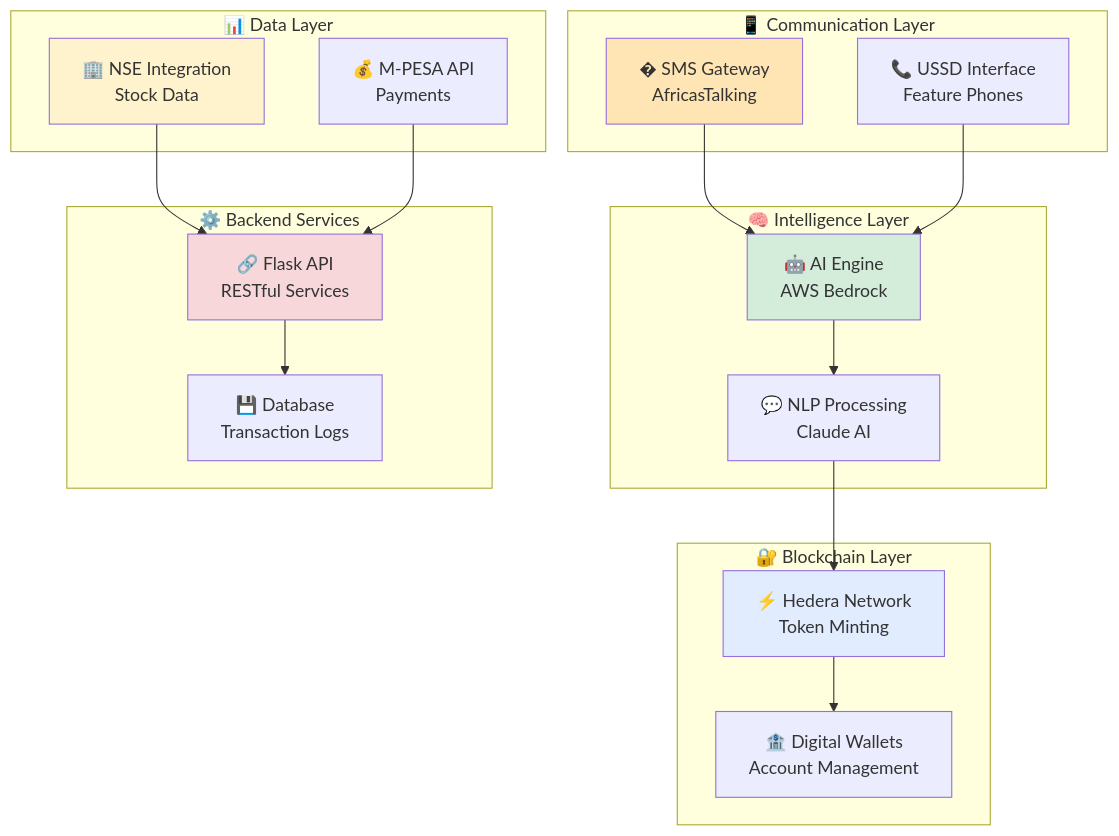
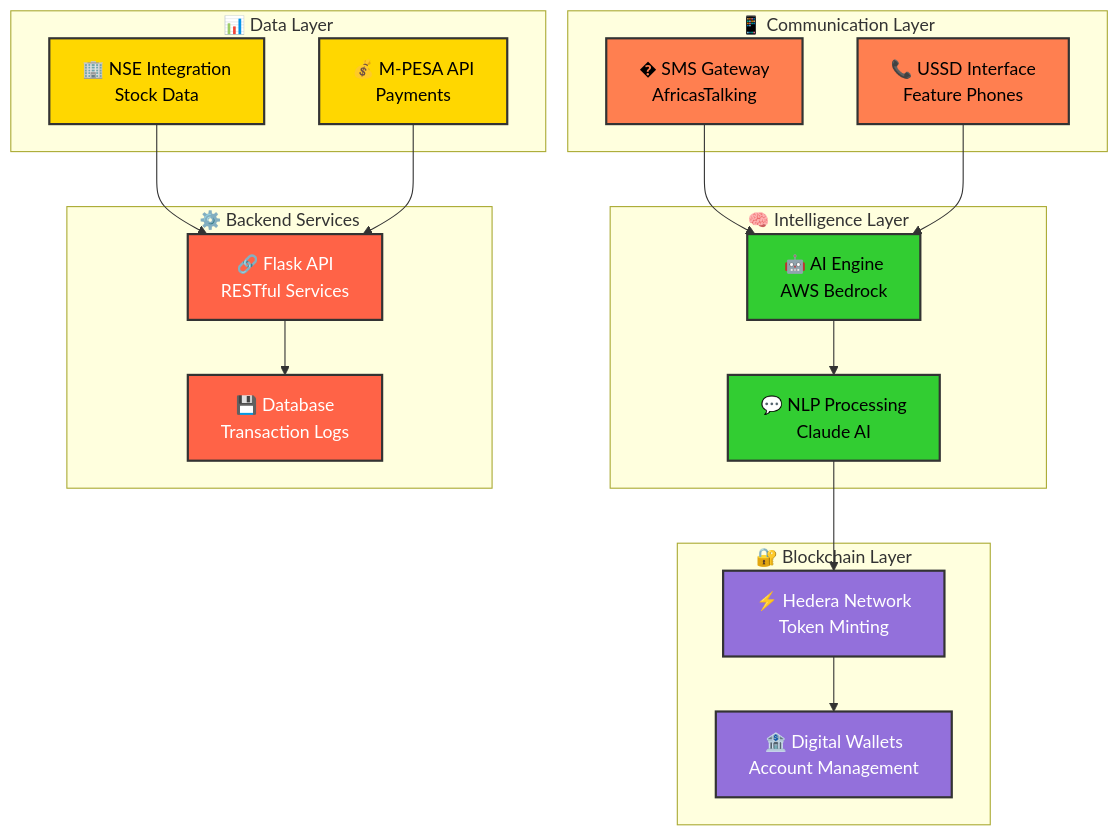
Before and after one commit to RayMune/Text-A-HBAR-Hackathon: the second of 2 diagrams in readme.md, drawn with Mermaid. The commit also changed other lines of this file, not shown here.

Commit message:
readme 3rd commit

````diff
--- a/readme.md
+++ b/readme.md
@@ -310,42 +310,47 @@
 ```mermaid
 graph TB
     subgraph "📱 Communication Layer"
         SMS[� SMS Gateway<br/>AfricasTalking]
         USSD[📞 USSD Interface<br/>Feature Phones]
     end
     
     subgraph "🧠 Intelligence Layer"
         AI[🤖 AI Engine<br/>AWS Bedrock]
         NLP[💬 NLP Processing<br/>Claude AI]
     end
     
     subgraph "🔐 Blockchain Layer"
         HEDERA[⚡ Hedera Network<br/>Token Minting]
         WALLET[🏦 Digital Wallets<br/>Account Management]
     end
     
     subgraph "📊 Data Layer"
         NSE[🏢 NSE Integration<br/>Stock Data]
         MPESA[💰 M-PESA API<br/>Payments]
     end
     
     subgraph "⚙️ Backend Services"
         API[🔗 Flask API<br/>RESTful Services]
         DB[💾 Database<br/>Transaction Logs]
     end
     
     SMS --> AI
     USSD --> AI
     AI --> NLP
     NLP --> HEDERA
     HEDERA --> WALLET
     NSE --> API
     MPESA --> API
     API --> DB
     
-    style SMS fill:#FFE5B4
-    style AI fill:#D4EDDA
-    style HEDERA fill:#E1ECFF
-    style NSE fill:#FFF3CD
-    style API fill:#F8D7DA
+    style SMS fill:#FF7F50,stroke:#333,stroke-width:2px,color:#000
+    style USSD fill:#FF7F50,stroke:#333,stroke-width:2px,color:#000
+    style AI fill:#32CD32,stroke:#333,stroke-width:2px,color:#000
+    style NLP fill:#32CD32,stroke:#333,stroke-width:2px,color:#000
+    style HEDERA fill:#9370DB,stroke:#333,stroke-width:2px,color:#FFF
+    style WALLET fill:#9370DB,stroke:#333,stroke-width:2px,color:#FFF
+    style NSE fill:#FFD700,stroke:#333,stroke-width:2px,color:#000
+    style MPESA fill:#FFD700,stroke:#333,stroke-width:2px,color:#000
+    style API fill:#FF6347,stroke:#333,stroke-width:2px,color:#FFF
+    style DB fill:#FF6347,stroke:#333,stroke-width:2px,color:#FFF
 ```
````
